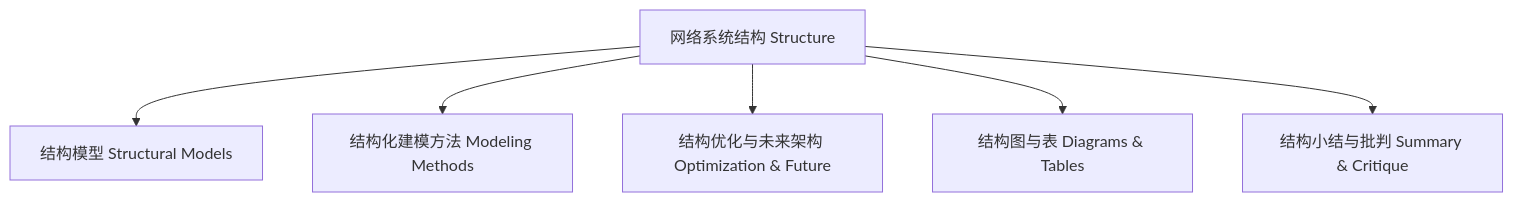
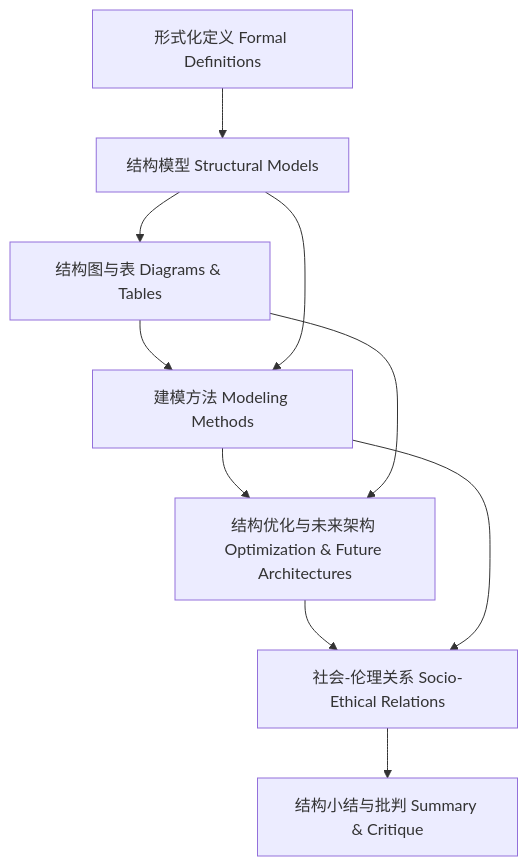
The diagram in 8.网络系统/8.3 形式化结构/8.3.7 结构知识图谱.md (AdaMartin18010/SystemOSIOT), drawn with Mermaid before and after one commit. The commit also changed other lines of this file and 20 other files, not shown here.

````diff
--- a/8.网络系统/8.3 形式化结构/8.3.7 结构知识图谱.md
+++ b/8.网络系统/8.3 形式化结构/8.3.7 结构知识图谱.md
@@ -3,14 +38,14 @@
 ```mermaid
-graph TD;
-  C[网络系统结构 Structure]
-  C1[结构模型 Structural Models]
-  C2[结构化建模方法 Modeling Methods]
-  C3[结构优化与未来架构 Optimization & Future]
-  C4[结构图与表 Diagrams & Tables]
-  C5[结构小结与批判 Summary & Critique]
-  C --> C1
-  C --> C2
-  C --> C3
-  C --> C4
-  C --> C5
+graph TD
+  A[形式化定义 Formal Definitions]
+  B[结构模型 Structural Models]
+  C[结构图与表 Diagrams & Tables]
+  D[建模方法 Modeling Methods]
+  E[结构优化与未来架构 Optimization & Future Architectures]
+  F[社会-伦理关系 Socio-Ethical Relations]
+  G[结构小结与批判 Summary & Critique]
+  A --> B --> C --> D --> E --> F --> G
+  B --> D
+  C --> E
+  D --> F
 ```
````
